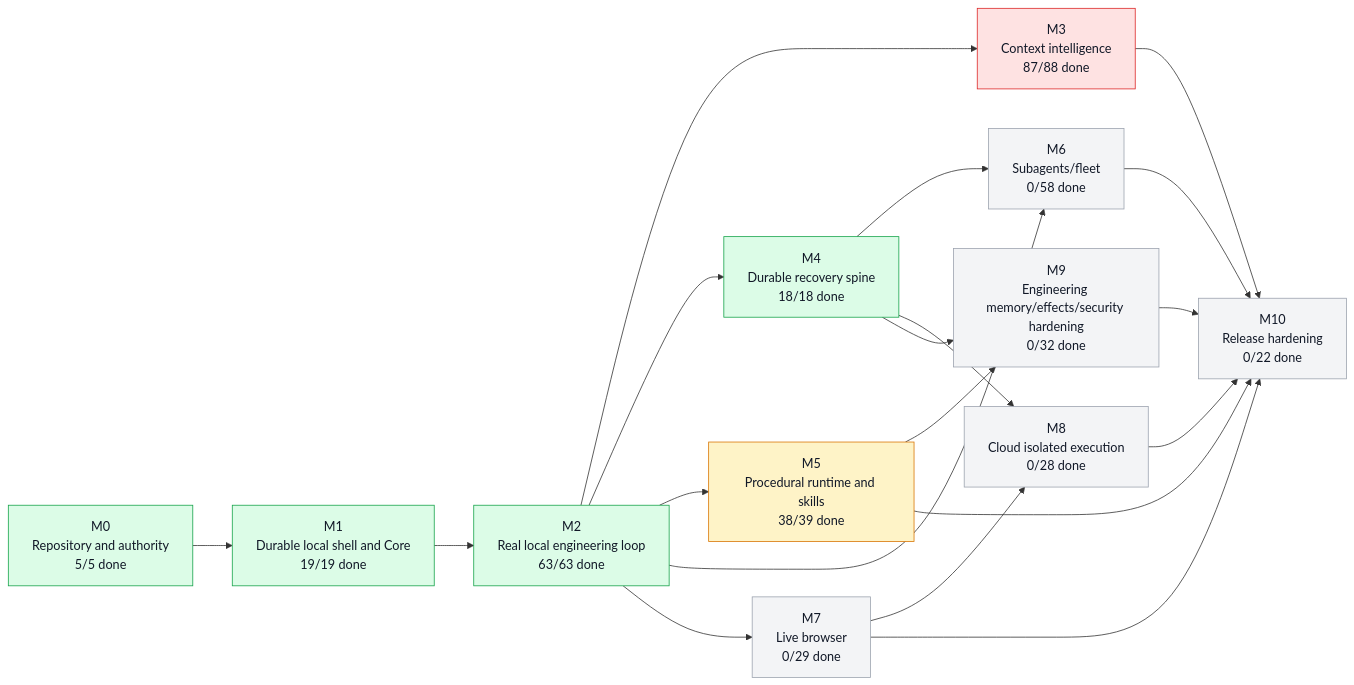
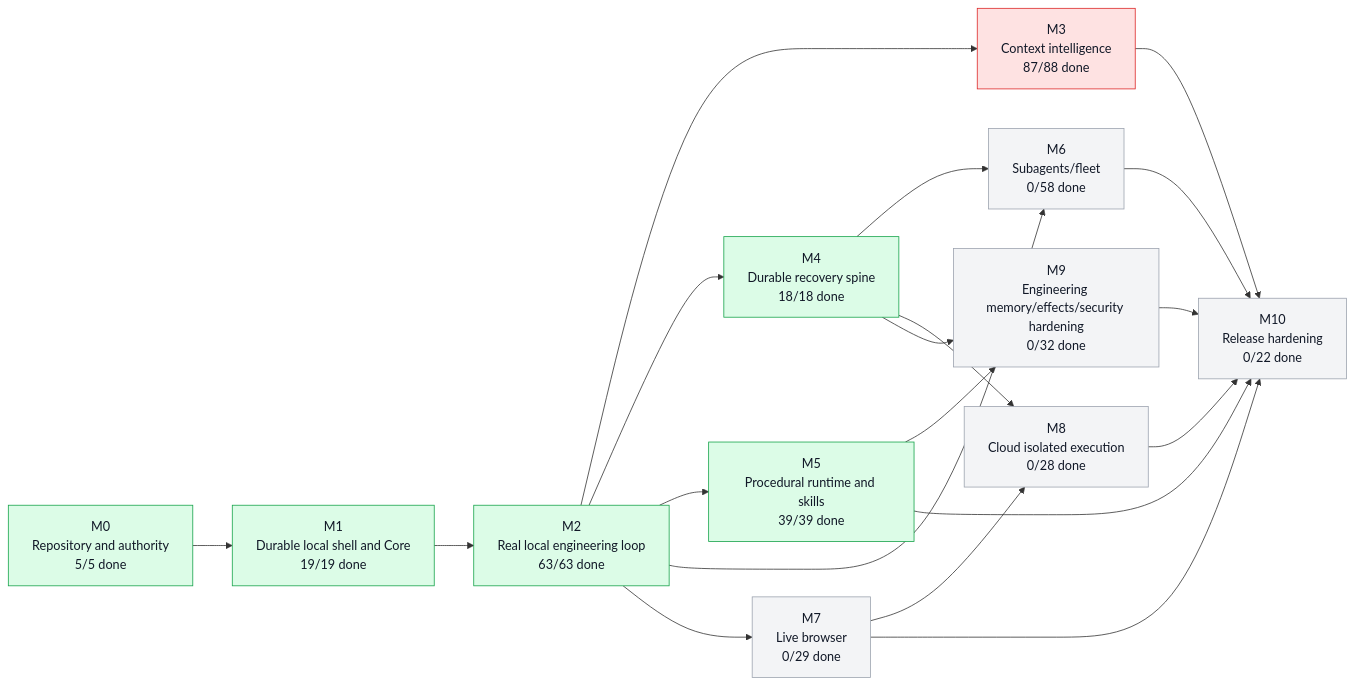
One commit to moss101/modbit changed the first of 5 diagrams in graph/PROJECT_GRAPH.md. Above: the diagram before and after it, drawn with Mermaid. The commit also changed other lines of this file and 7 other files, not shown here.

````diff
--- a/graph/PROJECT_GRAPH.md
+++ b/graph/PROJECT_GRAPH.md
@@ -57,43 +57,43 @@
 ```mermaid
 flowchart LR
   M0["M0<br/>Repository and authority<br/>5/5 done"]
   M1["M1<br/>Durable local shell and Core<br/>19/19 done"]
   M2["M2<br/>Real local engineering loop<br/>63/63 done"]
   M3["M3<br/>Context intelligence<br/>87/88 done"]
   M4["M4<br/>Durable recovery spine<br/>18/18 done"]
-  M5["M5<br/>Procedural runtime and skills<br/>38/39 done"]
+  M5["M5<br/>Procedural runtime and skills<br/>39/39 done"]
   M6["M6<br/>Subagents/fleet<br/>0/58 done"]
   M7["M7<br/>Live browser<br/>0/29 done"]
   M8["M8<br/>Cloud isolated execution<br/>0/28 done"]
   M9["M9<br/>Engineering memory/effects/security hardening<br/>0/32 done"]
   M10["M10<br/>Release hardening<br/>0/22 done"]
   M0 --> M1
   M1 --> M2
   M2 --> M3
   M2 --> M4
   M2 --> M5
   M2 --> M6
   M4 --> M6
   M2 --> M7
   M4 --> M8
   M7 --> M8
   M4 --> M9
   M5 --> M9
   M3 --> M10
   M5 --> M10
   M6 --> M10
   M7 --> M10
   M8 --> M10
   M9 --> M10
   style M0 fill:#dcfce7,stroke:#16a34a,color:#111827
   style M1 fill:#dcfce7,stroke:#16a34a,color:#111827
   style M2 fill:#dcfce7,stroke:#16a34a,color:#111827
   style M3 fill:#fee2e2,stroke:#dc2626,color:#111827
   style M4 fill:#dcfce7,stroke:#16a34a,color:#111827
-  style M5 fill:#fef3c7,stroke:#d97706,color:#111827
+  style M5 fill:#dcfce7,stroke:#16a34a,color:#111827
   style M6 fill:#f3f4f6,stroke:#9ca3af,color:#111827
   style M7 fill:#f3f4f6,stroke:#9ca3af,color:#111827
   style M8 fill:#f3f4f6,stroke:#9ca3af,color:#111827
   style M9 fill:#f3f4f6,stroke:#9ca3af,color:#111827
   style M10 fill:#f3f4f6,stroke:#9ca3af,color:#111827
 ```
````
